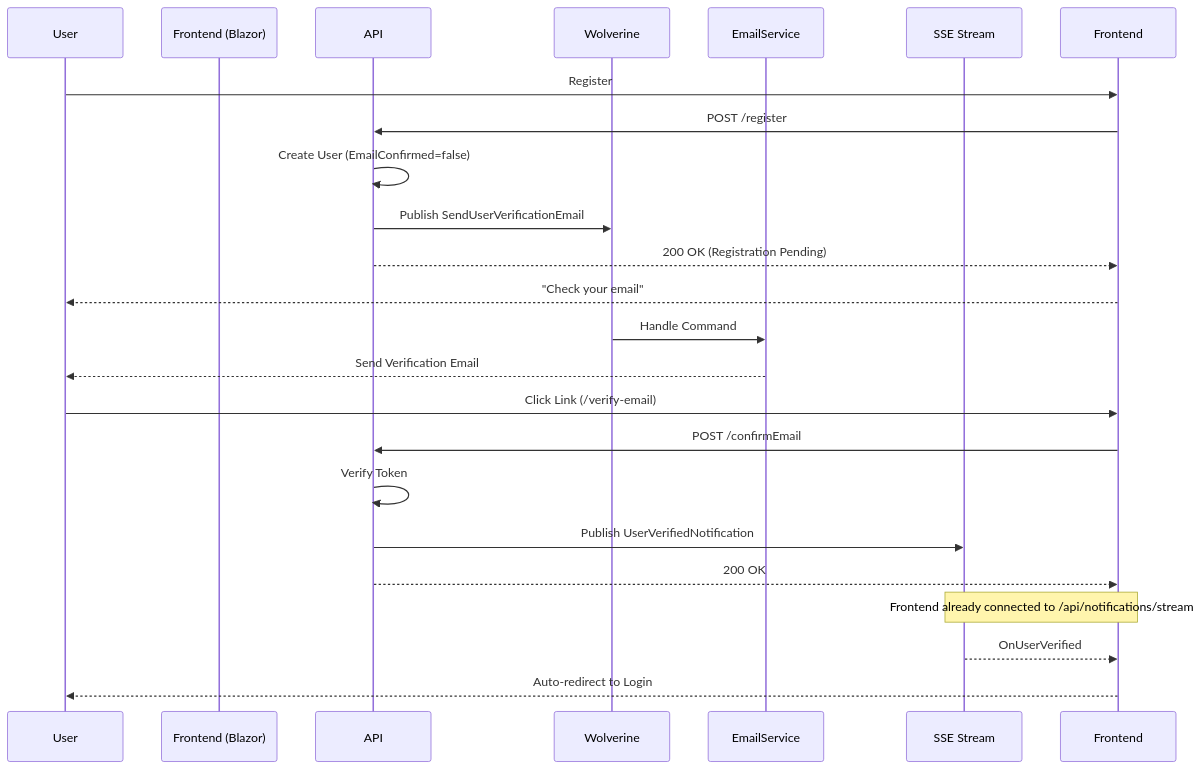
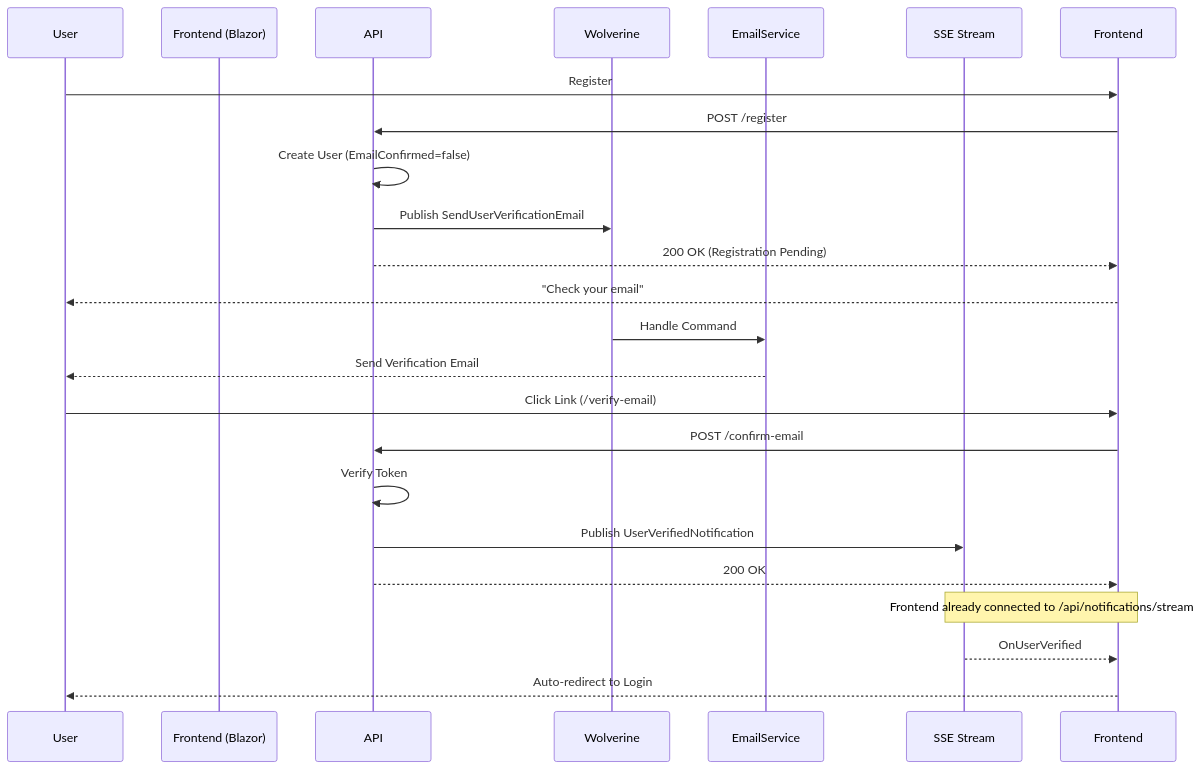
One commit to aalmada/BookStore changed the first of 2 diagrams in docs/guides/email-validation.md. Above: the diagram before and after it, drawn with Mermaid. The commit also changed other lines of this file, not shown here.

Commit message:
docs(guides): audit email validation guide

````diff
--- a/docs/guides/email-validation.md
+++ b/docs/guides/email-validation.md
@@ -96,29 +98,29 @@
 ```mermaid
 sequenceDiagram
     participant User
     participant Frontend (Blazor)
     participant API
     participant Wolverine
     participant EmailService
     participant SSE as SSE Stream
 
     User->>Frontend: Register
     Frontend->>API: POST /register
     API->>API: Create User (EmailConfirmed=false)
     API->>Wolverine: Publish SendUserVerificationEmail
     API-->>Frontend: 200 OK (Registration Pending)
     Frontend-->>User: "Check your email"
     
     Wolverine->>EmailService: Handle Command
     EmailService-->>User: Send Verification Email
     
     User->>Frontend: Click Link (/verify-email)
-    Frontend->>API: POST /confirmEmail
+    Frontend->>API: POST /confirm-email
     API->>API: Verify Token
     API->>SSE: Publish UserVerifiedNotification
     API-->>Frontend: 200 OK
     
     Note over Frontend,SSE: Frontend already connected to /api/notifications/stream
     SSE-->>Frontend: OnUserVerified
     Frontend-->>User: Auto-redirect to Login
 ```
````
